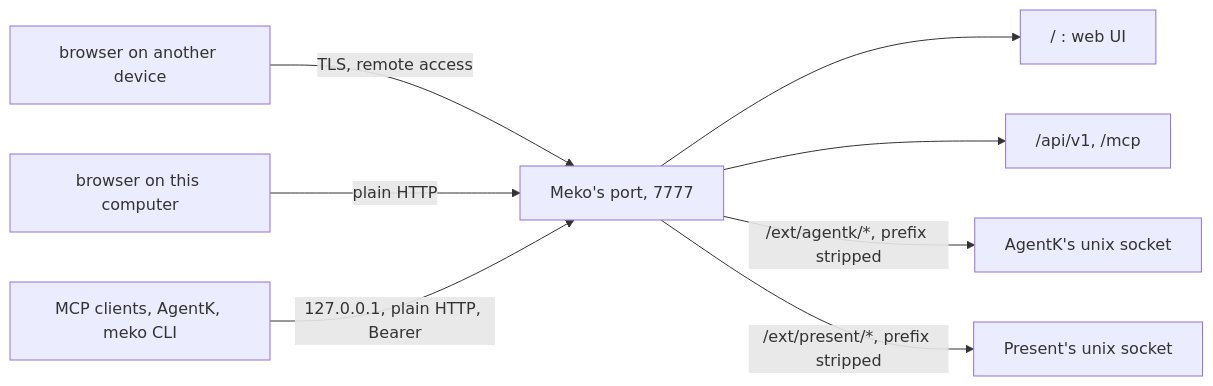
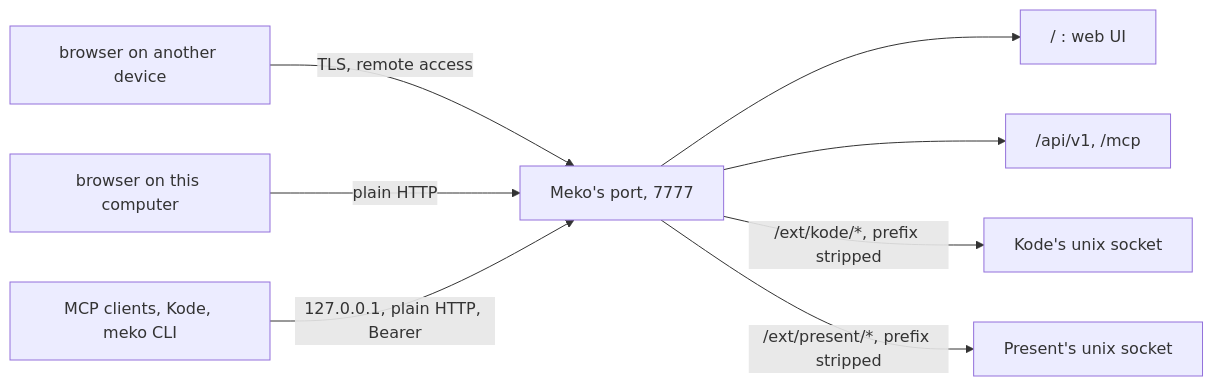
Before and after one commit to yugabyte/meko: the diagram in src/meko/docs/web.md, drawn with Mermaid. The commit also changed other lines of this file and 435 other files, not shown here.

````diff
--- a/src/meko/docs/web.md
+++ b/src/meko/docs/web.md
@@ -10,10 +10,10 @@
 ```mermaid
 flowchart LR
   b["browser on another device"] -->|"TLS, remote access"| port["Meko's port, 7777"]
   bh["browser on this computer"] -->|"plain HTTP"| port
-  agents["MCP clients, AgentK, meko CLI"] -->|"127.0.0.1, plain HTTP, Bearer"| port
+  agents["MCP clients, Kode, meko CLI"] -->|"127.0.0.1, plain HTTP, Bearer"| port
   port --> ui["/ : web UI"]
   port --> data["/api/v1, /mcp"]
-  port -->|"/ext/agentk/*, prefix stripped"| sock["AgentK's unix socket"]
+  port -->|"/ext/kode/*, prefix stripped"| sock["Kode's unix socket"]
   port -->|"/ext/present/*, prefix stripped"| psock["Present's unix socket"]
 ```
````
